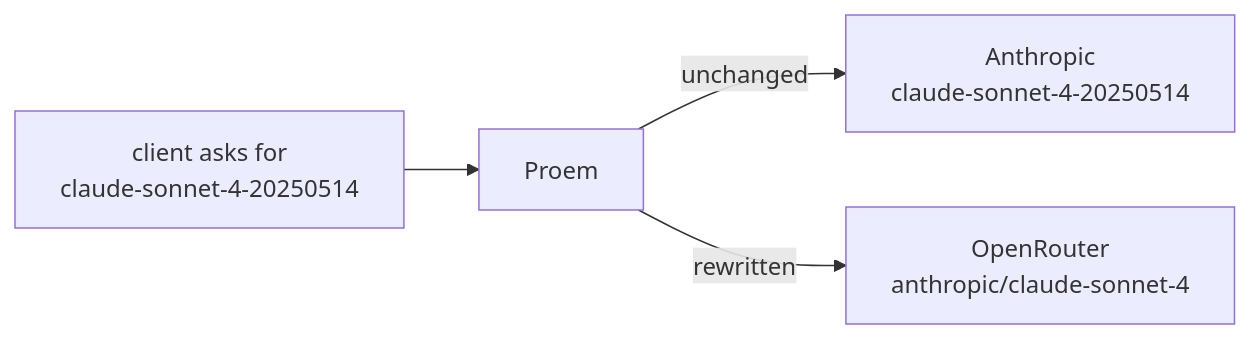
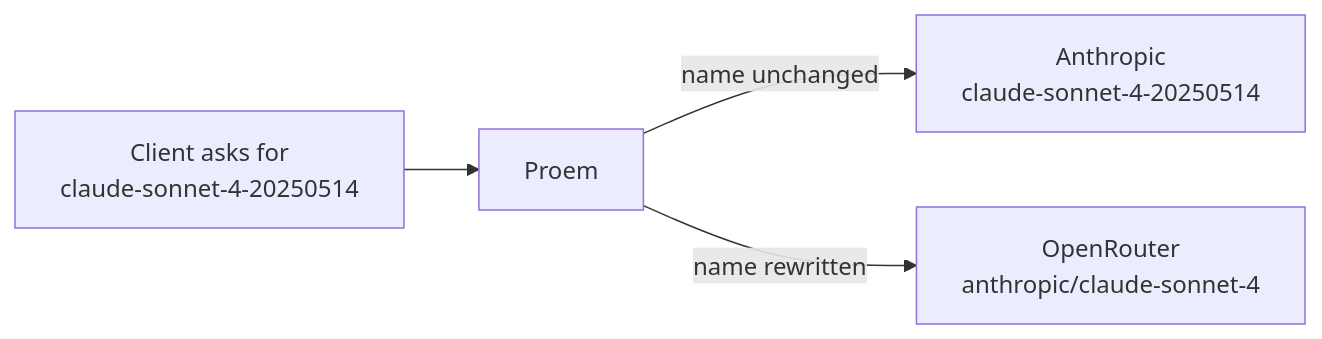
One commit to barockok/proem changed the diagram in docs/site/_content/guides/pool-members.md. Above: the diagram before and after it, drawn with Mermaid. The commit also changed other lines of this file and 11 other files, not shown here.

````diff
--- a/docs/site/_content/guides/pool-members.md
+++ b/docs/site/_content/guides/pool-members.md
@@ -62,6 +64,6 @@
 ```mermaid
 flowchart LR
-  C["client asks for<br/>claude-sonnet-4-20250514"] --> P["Proem"]
-  P -->|unchanged| A["Anthropic<br/>claude-sonnet-4-20250514"]
-  P -->|rewritten| O["OpenRouter<br/>anthropic/claude-sonnet-4"]
+  C["Client asks for<br/>claude-sonnet-4-20250514"] --> P["Proem"]
+  P -->|name unchanged| A["Anthropic<br/>claude-sonnet-4-20250514"]
+  P -->|name rewritten| O["OpenRouter<br/>anthropic/claude-sonnet-4"]
 ```
````
